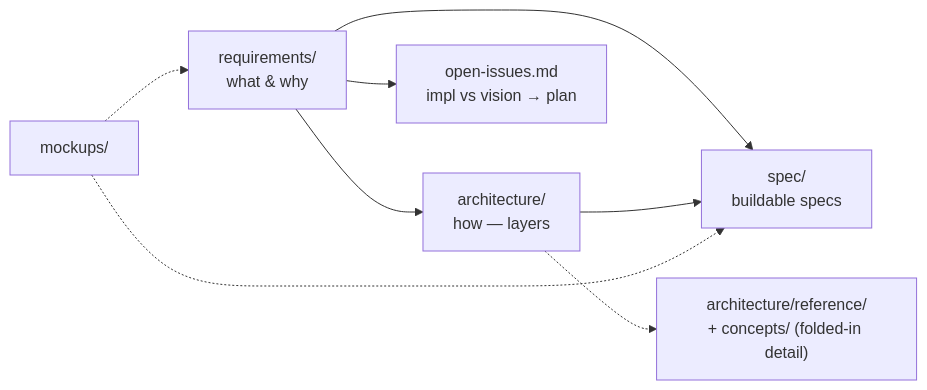
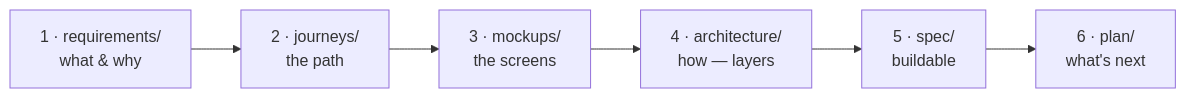
One commit to sensei-hq/sensei changed the diagram in docs/README.md. Above: the diagram before and after it, drawn with Mermaid. The commit also changed other lines of this file and 277 other files, not shown here.

````diff
--- a/docs/README.md
+++ b/docs/README.md
@@ -31,10 +12,8 @@
 ```mermaid
 flowchart LR
-    R["requirements/<br/>what &amp; why"] --> A["architecture/<br/>how — layers"]
-    R --> S["spec/<br/>buildable specs"]
-    A --> S
-    M["mockups/"] -.-> R
-    M -.-> S
-    R --> O["open-issues.md<br/>impl vs vision → plan"]
-    A -.-> RF["architecture/reference/<br/>+ concepts/ (folded-in detail)"]
+    R[1 · requirements/<br/>what &amp; why] --> J[2 · journeys/<br/>the path]
+    J --> M[3 · mockups/<br/>the screens]
+    M --> A[4 · architecture/<br/>how — layers]
+    A --> S[5 · spec/<br/>buildable]
+    S --> P[6 · plan/<br/>what's next]
 ```
````
